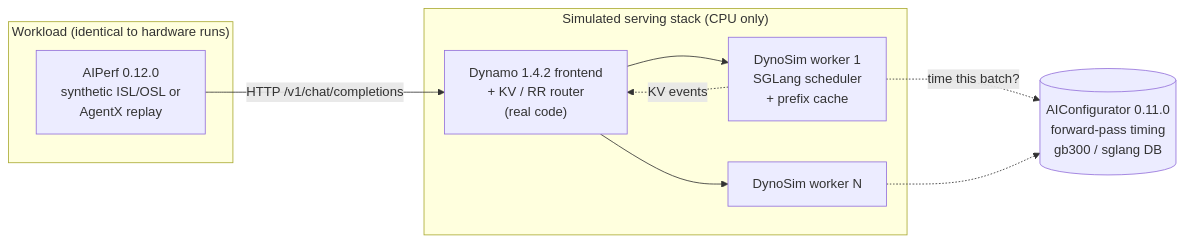
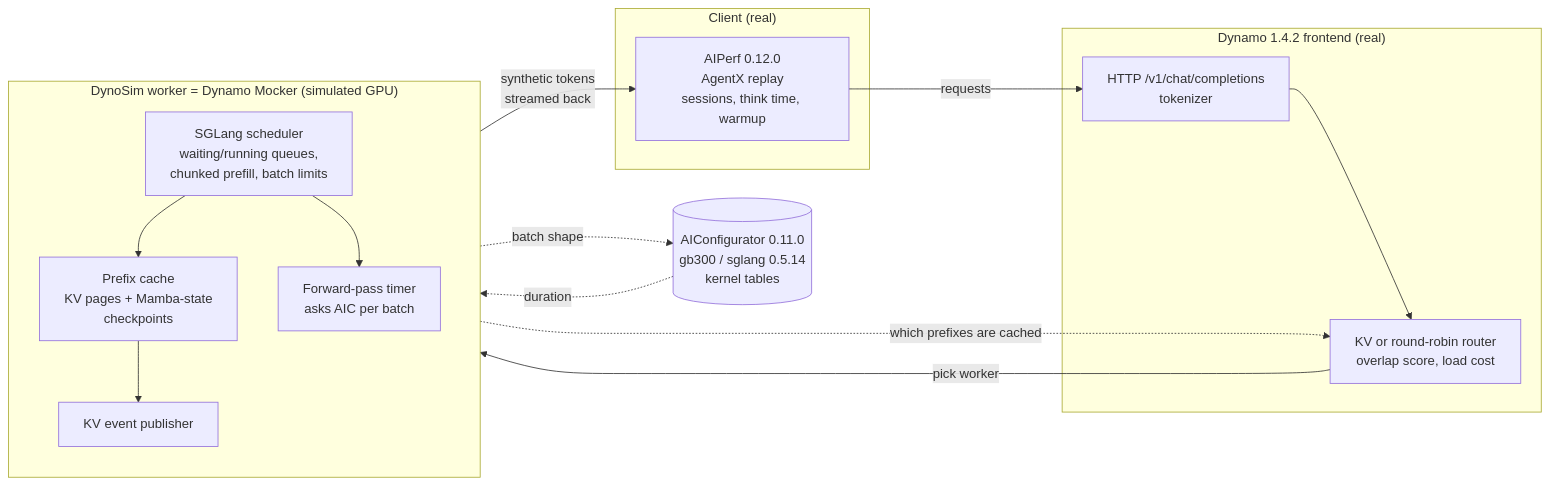
The second of 4 diagrams in kv-cache-aware-bench/AIC_DYNOSIM_SIMULATION_GUIDE.md (alisachen-google/gcp-dynamo-cuj), drawn with Mermaid before and after one commit. The commit also changed other lines of this file, not shown here.

First line of the commit message:
kv-cache-aware-bench: restructure the AIC + DynoSim simulation guide

````diff
--- a/kv-cache-aware-bench/AIC_DYNOSIM_SIMULATION_GUIDE.md
+++ b/kv-cache-aware-bench/AIC_DYNOSIM_SIMULATION_GUIDE.md
@@ -34,18 +75,28 @@
 ```mermaid
 flowchart LR
-  subgraph Client["Workload (identical to hardware runs)"]
-    A["AIPerf 0.12.0<br/>synthetic ISL/OSL or<br/>AgentX replay"]
+  subgraph CLIENT["Client (real)"]
+    A["AIPerf 0.12.0<br/>AgentX replay<br/>sessions, think time, warmup"]
   end
-  subgraph Server["Simulated serving stack (CPU only)"]
-    F["Dynamo 1.4.2 frontend<br/>+ KV / RR router<br/>(real code)"]
-    W1["DynoSim worker 1<br/>SGLang scheduler<br/>+ prefix cache"]
-    W2["DynoSim worker N"]
+  subgraph FRONT["Dynamo 1.4.2 frontend (real)"]
+    F["HTTP /v1/chat/completions<br/>tokenizer"]
+    RT["KV or round-robin router<br/>overlap score, load cost"]
+    F --> RT
   end
-  T[("AIConfigurator 0.11.0<br/>forward-pass timing<br/>gb300 / sglang DB")]
-  A -->|"HTTP /v1/chat/completions"| F
-  F --> W1
-  F --> W2
-  W1 -.->|"time this batch?"| T
-  W2 -.-> T
-  W1 -.->|"KV events"| F
+  subgraph MOCK["DynoSim worker = Dynamo Mocker (simulated GPU)"]
+    direction TB
+    SCH["SGLang scheduler<br/>waiting/running queues,<br/>chunked prefill, batch limits"]
+    PC["Prefix cache<br/>KV pages + Mamba-state<br/>checkpoints"]
+    TIME["Forward-pass timer<br/>asks AIC per batch"]
+    EV["KV event publisher"]
+    SCH --> PC
+    SCH --> TIME
+    PC --> EV
+  end
+  AIC[("AIConfigurator 0.11.0<br/>gb300 / sglang 0.5.14<br/>kernel tables")]
+  A -->|"requests"| F
+  RT -->|"pick worker"| SCH
+  TIME -.->|"batch shape"| AIC
+  AIC -.->|"duration"| TIME
+  EV -.->|"which prefixes are cached"| RT
+  SCH -->|"synthetic tokens<br/>streamed back"| A
 ```
````
